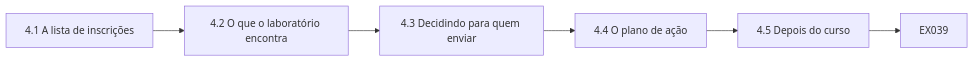
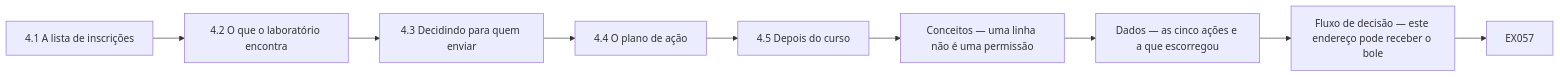
Before and after one commit to hiagokinlevi/CyKin: diagram 11 of 12 in levels/rapid-1-month/data-governance/pt/book/MANUSCRIPT.md, drawn with Mermaid. The commit also changed other lines of this file and 1 other file, not shown here.

````diff
--- a/levels/rapid-1-month/data-governance/pt/book/MANUSCRIPT.md
+++ b/levels/rapid-1-month/data-governance/pt/book/MANUSCRIPT.md
@@ -394,9 +598,12 @@
 ```mermaid
 flowchart LR
   N0["4.1 A lista de inscrições"]
   N1["4.2 O que o laboratório encontra"]
   N2["4.3 Decidindo para quem enviar"]
   N3["4.4 O plano de ação"]
   N4["4.5 Depois do curso"]
-  N0 --> N1 --> N2 --> N3 --> N4 --> Q["EX039"]
+  N5["Conceitos — uma linha não é uma permissão"]
+  N6["Dados — as cinco ações e a que escorregou"]
+  N7["Fluxo de decisão — este endereço pode receber o bole"]
+  N0 --> N1 --> N2 --> N3 --> N4 --> N5 --> N6 --> N7 --> Q["EX057"]
 ```
````
